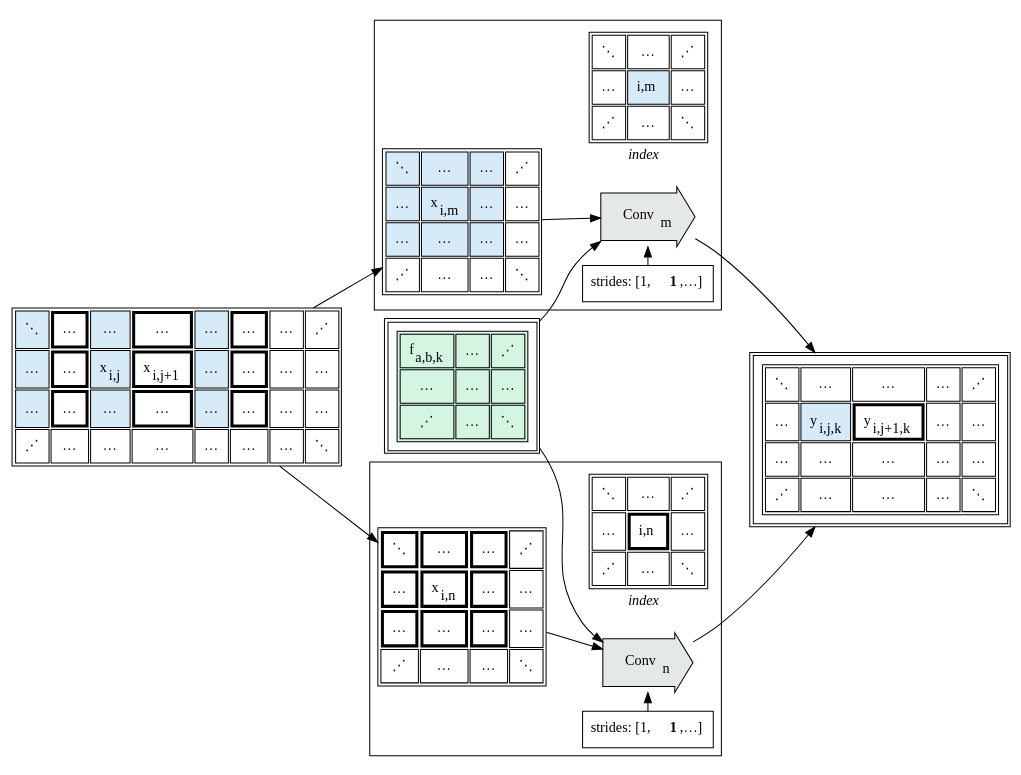
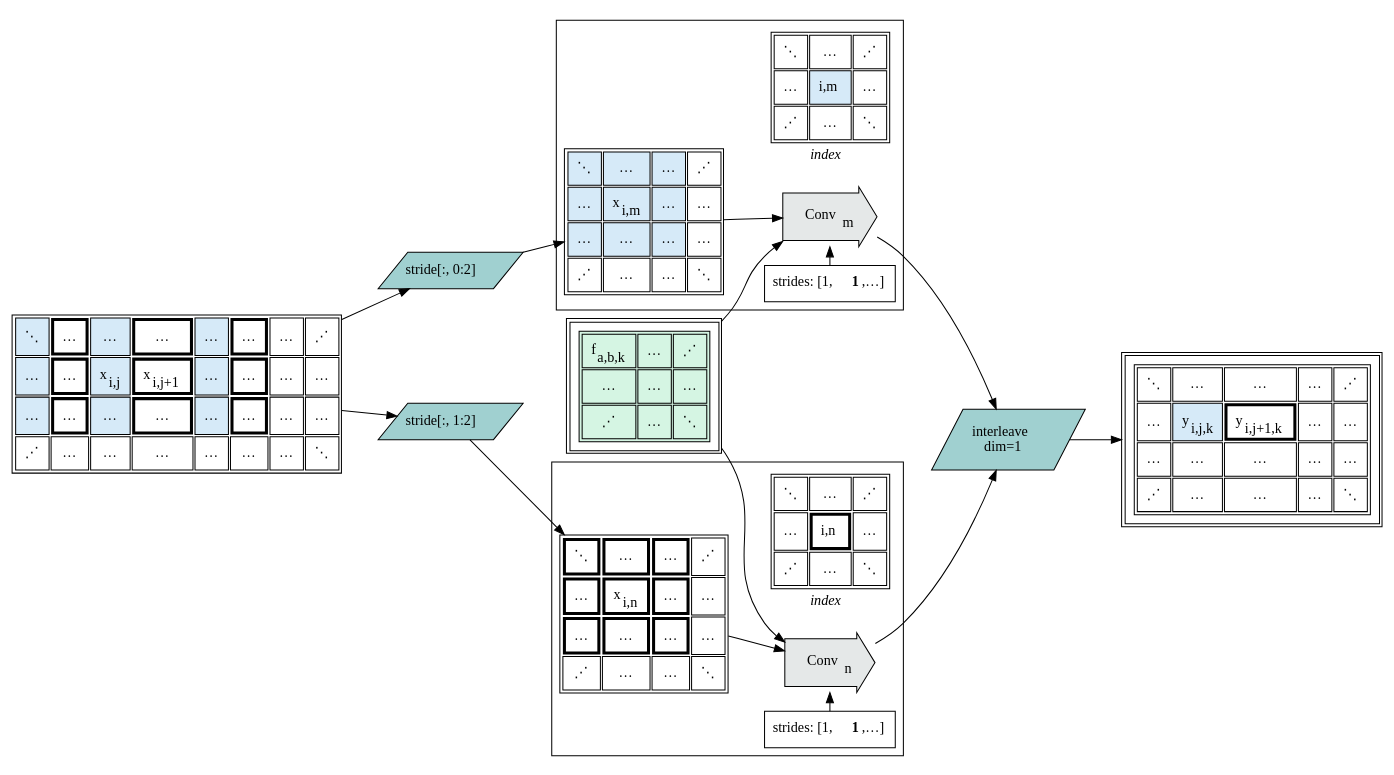
One commit to crutcher/crutcher.github.io-source changed diagram 51 of 55 in source/Tapestry/index.md. Above: the diagram before and after it, drawn with Graphviz. The commit also changed other lines of this file, not shown here.

Commit message:
conv example selectors

````diff
--- a/source/Tapestry/index.md
+++ b/source/Tapestry/index.md
@@ -5983,9 +5987,26 @@
           </table>
       >,
   ];
+  
+  S0 [
+    label=<stride[:, 0:2]>,
+    margin=0,
+    shape=parallelogram,
+    style=filled,
+    fillcolor="#a0d0d0",
+    color=black,
+  ];
+  S1 [
+    label=<stride[:, 1:2]>,
+    margin=0,
+    shape=parallelogram,
+    style=filled,
+    fillcolor="#a0d0d0",
+    color=black,
+  ];
 
-  X -> X0;
-  X -> X1;
+  X -> S0 -> X0;
+  X -> S1 -> X1;
 
   F [
       shape="plain",
@@ -6058,10 +6079,26 @@
 
   X0 -> Conv0;
   F -> Conv0;
-  Conv0 -> Y;
+  Conv0 -> SI;
 
   X1 -> Conv1;
   F -> Conv1;
-  Conv1 -> Y;
+  Conv1 -> SI;
+  
+  SI [
+    label=<
+       <table border="0" cellspacing="0" cellpadding="0">
+         <tr><td>interleave</td></tr>
+         <tr><td>dim=1</td></tr>
+         </table>
+    >,
+    margin=0,
+    shape=parallelogram,
+    style=filled,
+    fillcolor="#a0d0d0",
+    color=black,
+  ];
+  
+  SI -> Y;
 }
 ```
````
